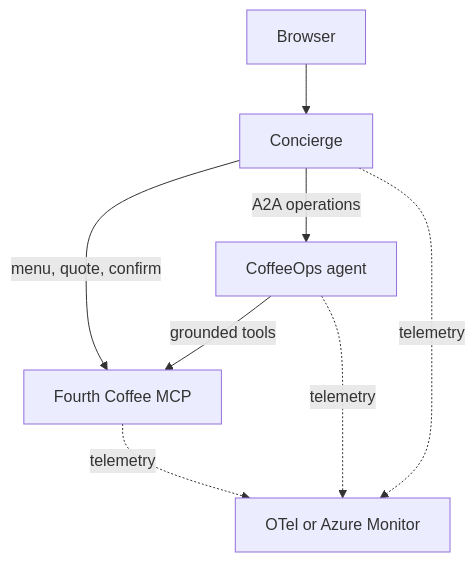
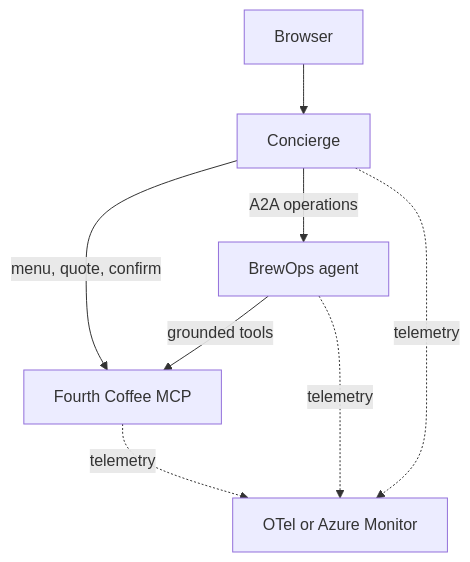
One commit to pauldotyu/fourth-coffee changed the diagram in README.md. Above: the diagram before and after it, drawn with Mermaid. The commit also changed other lines of this file and 8 other files, not shown here.

Commit message:
Rename ops agent

````diff
--- a/README.md
+++ b/README.md
@@ -7,10 +7,10 @@
 ```mermaid
 flowchart TD
     Browser --> Concierge
     Concierge -->|menu, quote, confirm| MCP[Fourth Coffee MCP]
-    Concierge -->|A2A operations| Ops[CoffeeOps agent]
+    Concierge -->|A2A operations| Ops[BrewOps agent]
     Ops -->|grounded tools| MCP
     Concierge -. telemetry .-> Observe[OTel or Azure Monitor]
     Ops -. telemetry .-> Observe
     MCP -. telemetry .-> Observe
 ```
````
